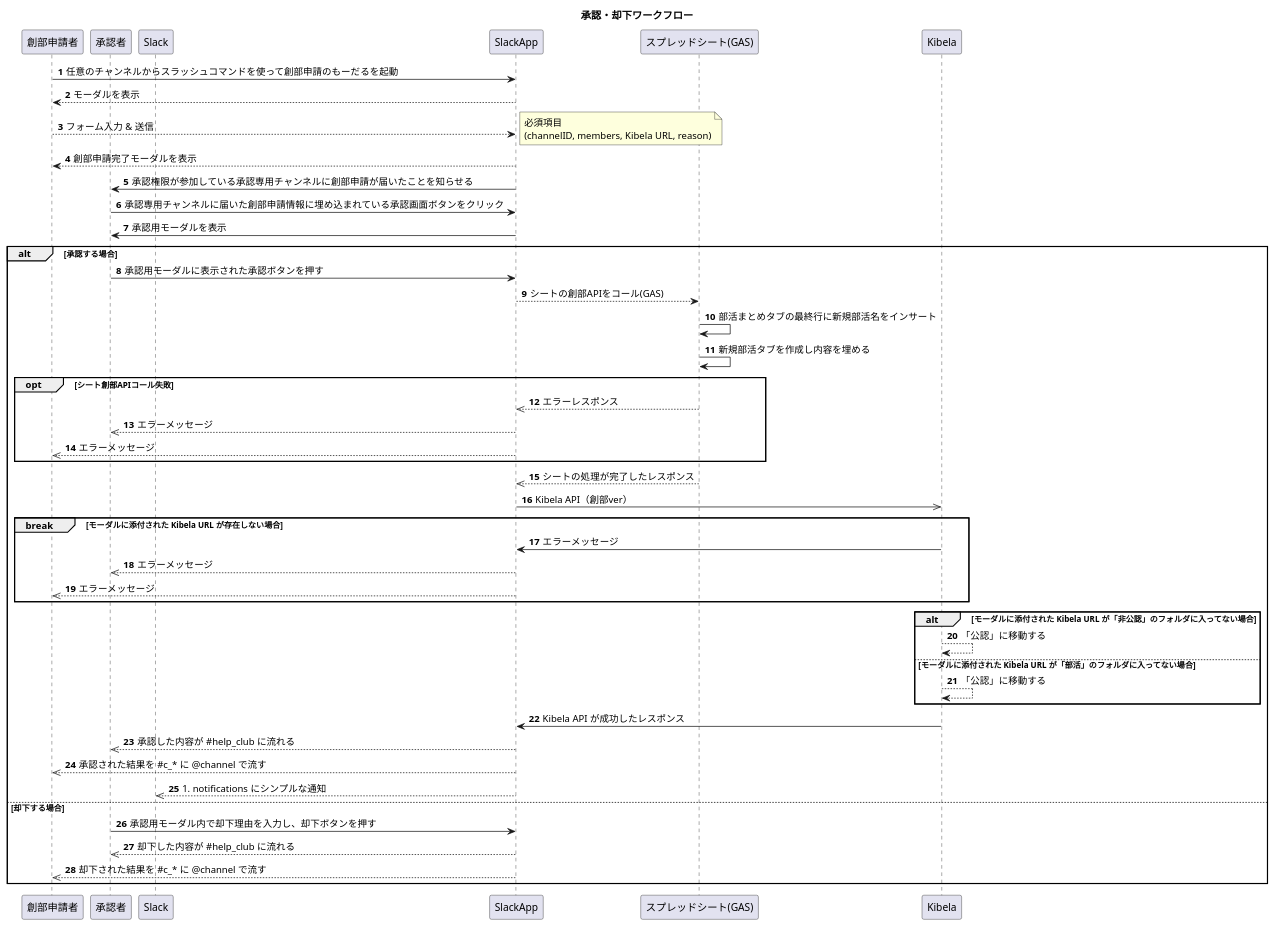
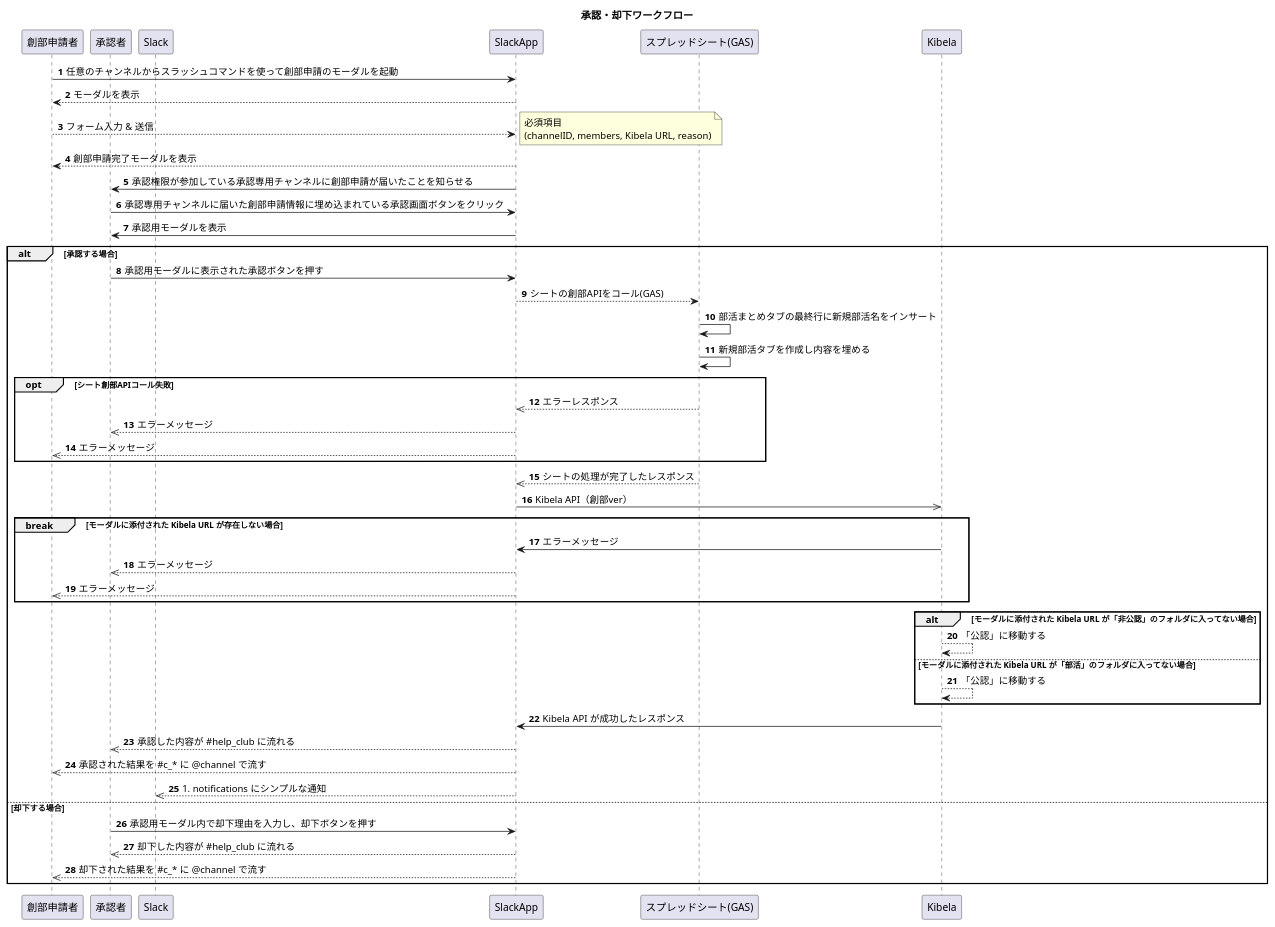
Before and after one commit to tam-bourine/club-entry-manager: the diagram in docs/sequence-diagram/CreateClub.pu, drawn with PlantUML.

Commit message:
refactor: hiragana -> katakana

```diff
--- a/docs/sequence-diagram/CreateClub.pu
+++ b/docs/sequence-diagram/CreateClub.pu
@@ -1,60 +1,60 @@
 @startuml
 
 title 承認・却下ワークフロー
 
 autonumber
 participant 創部申請者 as captain
 participant 承認者 as auth
 participant Slack as slack
 participant SlackApp as slackapp
 participant "スプレッドシート(GAS)" as sheet
 participant Kibela as kibela
 
-captain -> slackapp: 任意のチャンネルからスラッシュコマンドを使って創部申請のもーだるを起動
+captain -> slackapp: 任意のチャンネルからスラッシュコマンドを使って創部申請のモーダルを起動
 slackapp --> captain: モーダルを表示
 captain --> slackapp: フォーム入力 & 送信
 note right: 必須項目\n(channelID, members, Kibela URL, reason)
 slackapp --> captain: 創部申請完了モーダルを表示
 slackapp -> auth: 承認権限が参加している承認専用チャンネルに創部申請が届いたことを知らせる
 auth -> slackapp: 承認専用チャンネルに届いた創部申請情報に埋め込まれている承認画面ボタンをクリック
 slackapp -> auth: 承認用モーダルを表示
 
 alt 承認する場合
     auth -> slackapp: 承認用モーダルに表示された承認ボタンを押す
     slackapp --> sheet: シートの創部APIをコール(GAS)
     sheet -> sheet: 部活まとめタブの最終行に新規部活名をインサート
     sheet -> sheet: 新規部活タブを作成し内容を埋める
 
     opt シート創部APIコール失敗
         sheet -->> slackapp: エラーレスポンス
         slackapp -->> auth: エラーメッセージ
         slackapp -->> captain: エラーメッセージ
     end
 
     sheet -->> slackapp: シートの処理が完了したレスポンス
     slackapp ->> kibela: Kibela API（創部ver）
 
     break モーダルに添付された Kibela URL が存在しない場合
         kibela -> slackapp: エラーメッセージ
         slackapp -->> auth: エラーメッセージ
         slackapp -->> captain: エラーメッセージ
     end
 
     alt モーダルに添付された Kibela URL が「非公認」のフォルダに入ってない場合
         kibela --> kibela: 「公認」に移動する
     else モーダルに添付された Kibela URL が「部活」のフォルダに入ってない場合
         kibela --> kibela: 「公認」に移動する
     end
 
     kibela -> slackapp: Kibela API が成功したレスポンス
     slackapp -->> auth: 承認した内容が #help_club に流れる
     slackapp -->> captain: 承認された結果を #c_* に @channel で流す
     slackapp -->> slack: #notifications にシンプルな通知
 
 else 却下する場合
     auth -> slackapp: 承認用モーダル内で却下理由を入力し、却下ボタンを押す
     slackapp -->> auth: 却下した内容が #help_club に流れる
     slackapp -->> captain: 却下された結果を #c_* に @channel で流す
 end
 
 @enduml
```
